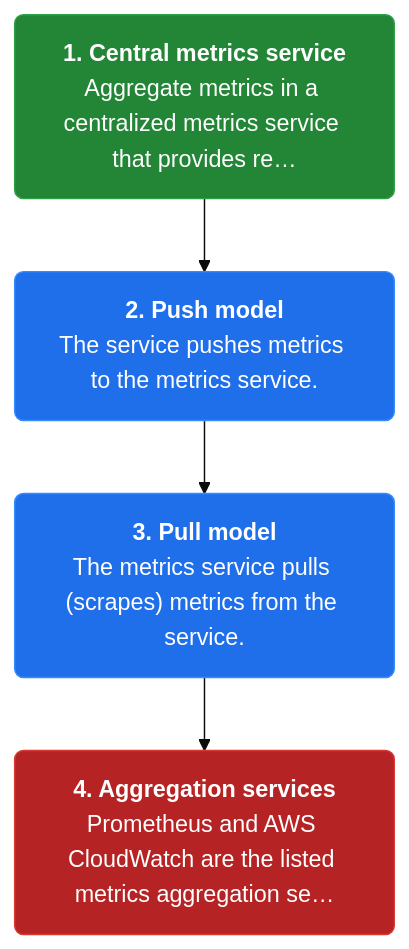
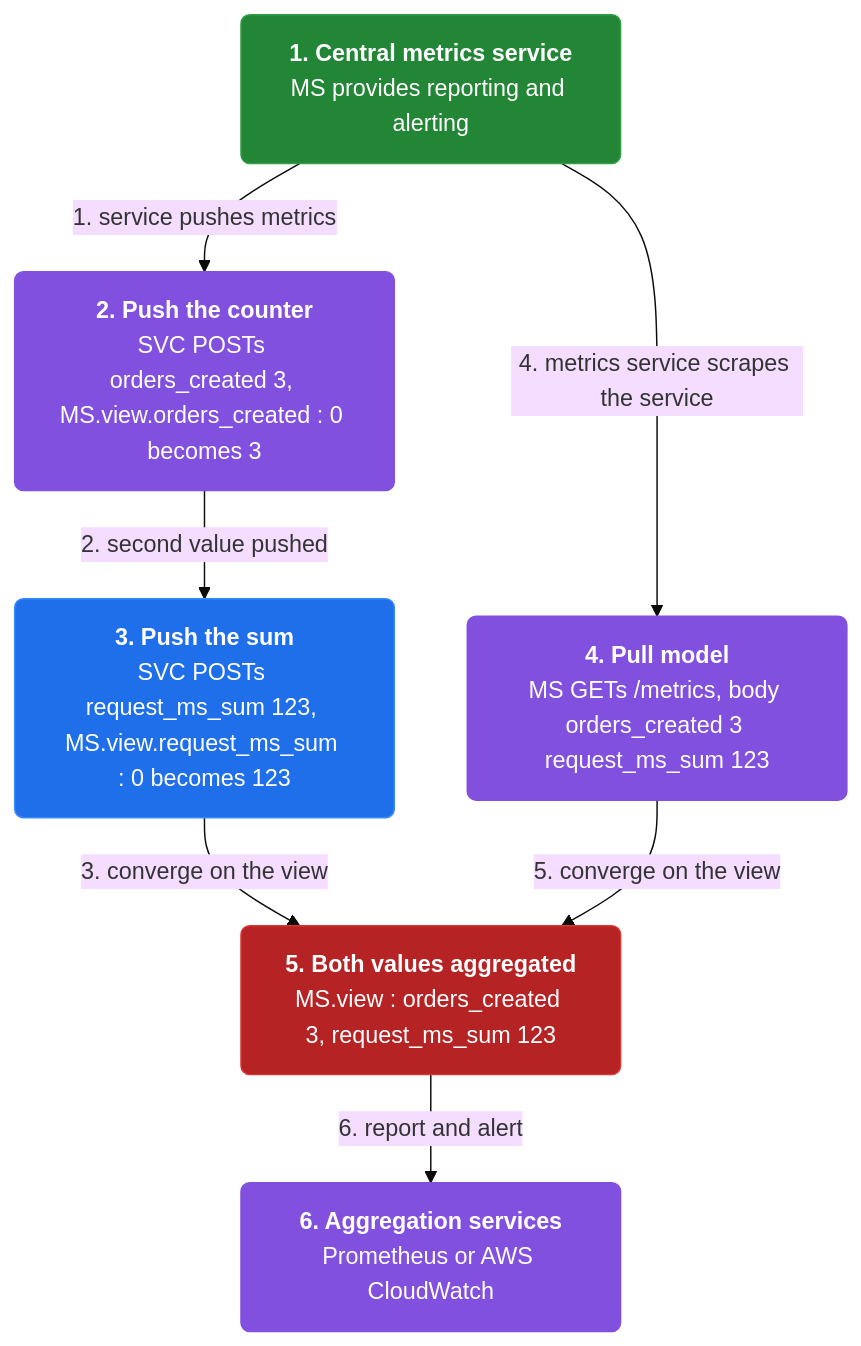
One commit to vinayakuber/microservices-io-study-guide changed the second of 3 diagrams in docs/ch31-application-metrics.md. Above: the diagram before and after it, drawn with Mermaid (base theme). The commit also changed other lines of this file and 46 other files, not shown here.

First line of the commit message:
Author rich branching flow diagrams for all 44 chapters

````diff
--- a/docs/ch31-application-metrics.md
+++ b/docs/ch31-application-metrics.md
@@ -50,13 +61,20 @@
 ```mermaid
 flowchart TD
-  classDef step fill:#1f6feb,color:#ffffff,stroke:#388bfd,stroke-width:1px,rx:6
+  classDef step fill:#1f6feb,color:#ffffff,stroke:#388bfd,rx:6
+  classDef core fill:#8250df,color:#ffffff,stroke:#8250df,rx:6
+  classDef warn fill:#d29922,color:#ffffff,stroke:#d29922,rx:6
   classDef start fill:#238636,color:#ffffff,stroke:#2ea043,rx:6
   classDef stop fill:#b62324,color:#ffffff,stroke:#da3633,rx:6
-  s1n0["<b>1. Central metrics service</b><br/>Aggregate metrics in a centralized metrics service that provides re…"]:::start
-  s1n1["<b>2. Push model</b><br/>The service pushes metrics to the metrics service."]:::step
-  s1n2["<b>3. Pull model</b><br/>The metrics service pulls (scrapes) metrics from the service."]:::step
-  s1n3["<b>4. Aggregation services</b><br/>Prometheus and AWS CloudWatch are the listed metrics aggregation se…"]:::stop
-  s1n0 --> s1n1
-  s1n1 --> s1n2
-  s1n2 --> s1n3
+  n0["<b>1. Central metrics service</b><br/>MS provides reporting and alerting"]:::start
+  n1["<b>2. Push the counter</b><br/>SVC POSTs orders_created 3, MS.view.orders_created : 0 becomes 3"]:::core
+  n2["<b>3. Push the sum</b><br/>SVC POSTs request_ms_sum 123, MS.view.request_ms_sum : 0 becomes 123"]:::step
+  n3["<b>4. Pull model</b><br/>MS GETs /metrics, body orders_created 3 request_ms_sum 123"]:::core
+  n4["<b>5. Both values aggregated</b><br/>MS.view : orders_created 3, request_ms_sum 123"]:::stop
+  n5["<b>6. Aggregation services</b><br/>Prometheus or AWS CloudWatch"]:::core
+  n0 -->|"1. service pushes metrics"| n1
+  n1 -->|"2. second value pushed"| n2
+  n2 -->|"3. converge on the view"| n4
+  n0 -->|"4. metrics service scrapes the service"| n3
+  n3 -->|"5. converge on the view"| n4
+  n4 -->|"6. report and alert"| n5
 ```
````
